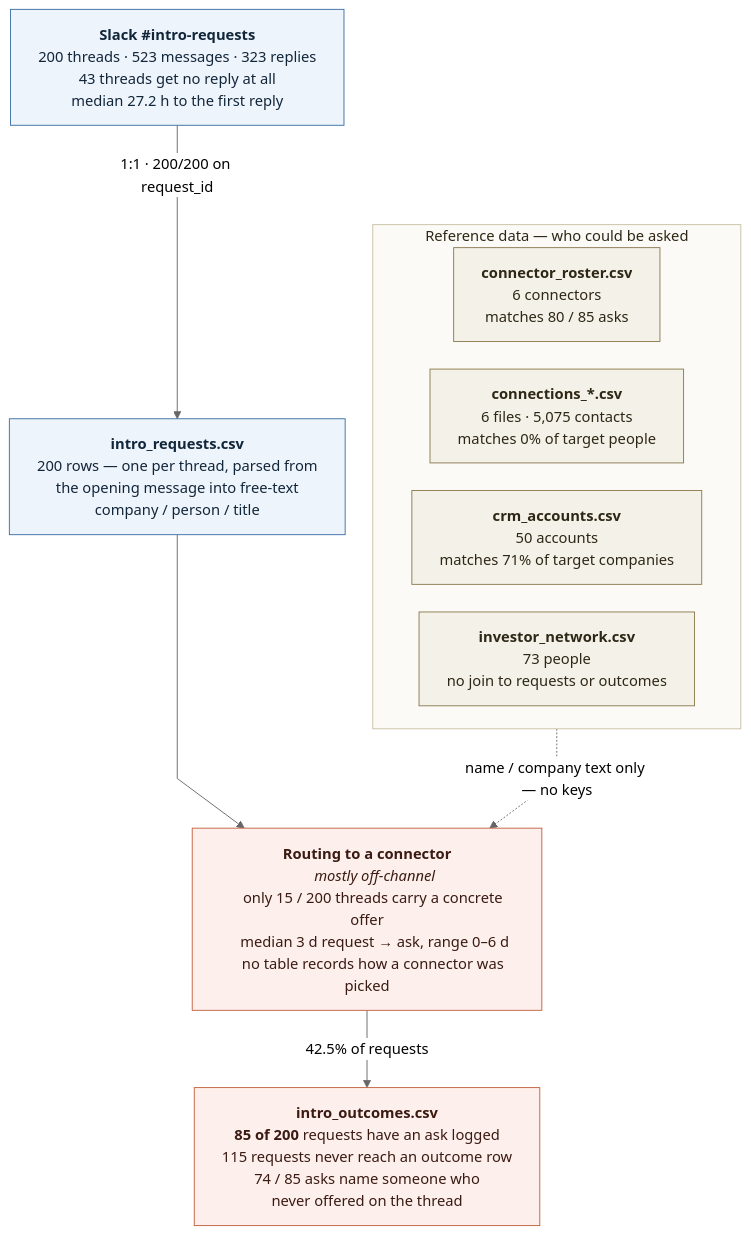
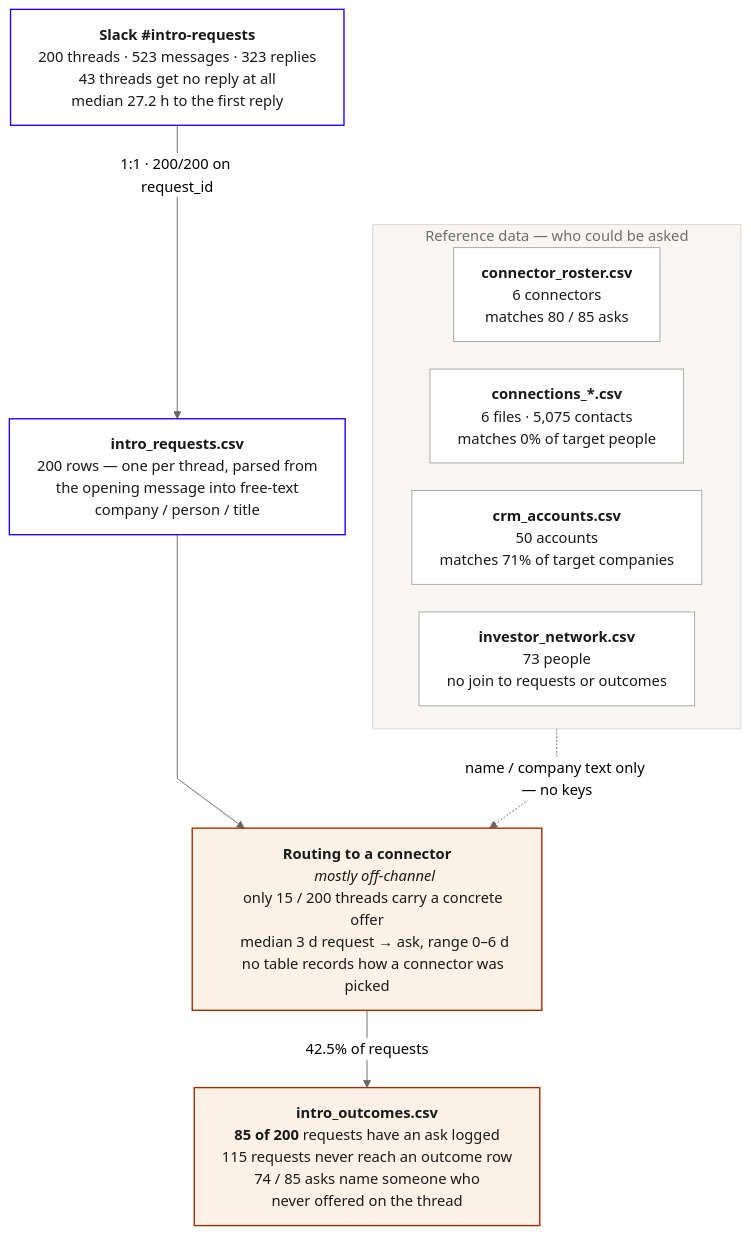
The diagram in analysis/routing/routing_flow.mmd (veraaw/projecthalyard), drawn with Mermaid before and after one commit. The commit also changed 10 other files, not shown here.

Commit message:
Restyle dashboard after cognition.ai: shared theme, fonts, chart palettes

```diff
--- a/analysis/routing/routing_flow.mmd
+++ b/analysis/routing/routing_flow.mmd
@@ -1,59 +1,59 @@
 ---
 config:
   theme: neutral
   flowchart:
     curve: linear
     htmlLabels: true
     nodeSpacing: 30
     rankSpacing: 60
     wrappingWidth: 320
 ---
 flowchart TB
     A["<b>Slack #intro-requests</b>
     200 threads · 523 messages · 323 replies
     43 threads get no reply at all
     median 27.2 h to the first reply"]
     B["<b>intro_requests.csv</b>
     200 rows — one per thread, parsed from
     the opening message into free-text
     company / person / title"]
     C["<b>Routing to a connector</b>
     <i>mostly off-channel</i>
     only 15 / 200 threads carry a concrete offer
     median 3 d request → ask, range 0–6 d
     no table records how a connector was picked"]
     D["<b>intro_outcomes.csv</b>
     <b>85 of 200</b> requests have an ask logged
     115 requests never reach an outcome row
     74 / 85 asks name someone who
     never offered on the thread"]
 
     A -->|"1:1 · 200/200 on request_id"| B
     B --> C
     C -->|"42.5% of requests"| D
 
     subgraph ref["Reference data — who could be asked"]
         direction LR
         R1["<b>connector_roster.csv</b>
         6 connectors
         matches 80 / 85 asks"]
         R2["<b>connections_*.csv</b>
         6 files · 5,075 contacts
         matches 0% of target people"]
         R3["<b>crm_accounts.csv</b>
         50 accounts
         matches 71% of target companies"]
         R4["<b>investor_network.csv</b>
         73 people
         no join to requests or outcomes"]
     end
 
     ref -.->|"name / company text only — no keys"| C
 
-    classDef stage fill:#eef4fb,stroke:#3b6ea5,stroke-width:1px,color:#12263a;
-    classDef gap fill:#fdf0ec,stroke:#c2603f,stroke-width:1px,color:#3a1a12;
-    classDef refbox fill:#f4f1e8,stroke:#8a7a4f,stroke-width:1px,color:#2e2716;
+    classDef stage fill:#ffffff,stroke:#2200ff,stroke-width:1.5px,color:#191919;
+    classDef gap fill:#fbf1e6,stroke:#9f2d00,stroke-width:1.5px,color:#191919;
+    classDef refbox fill:#ffffff,stroke:#a8a49f,stroke-width:1px,color:#191919;
     class A,B stage;
     class C,D gap;
     class R1,R2,R3,R4 refbox;
-    style ref fill:#fbfaf6,stroke:#c9c0a4,color:#2e2716;
+    style ref fill:#f7f6f5,stroke:#d9d5d1,color:#6f6d6a;
```
